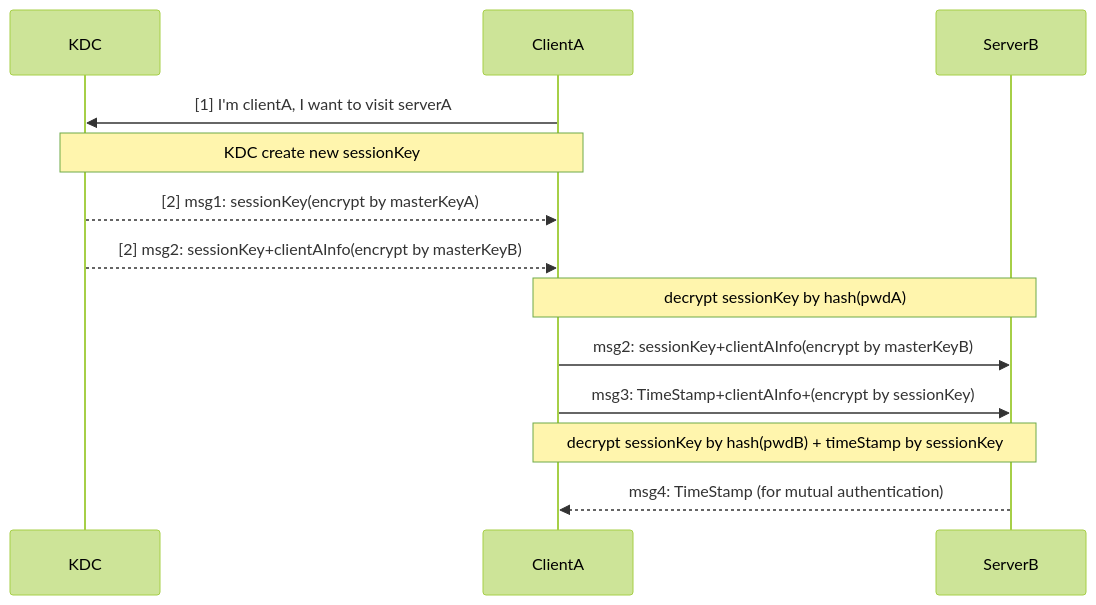
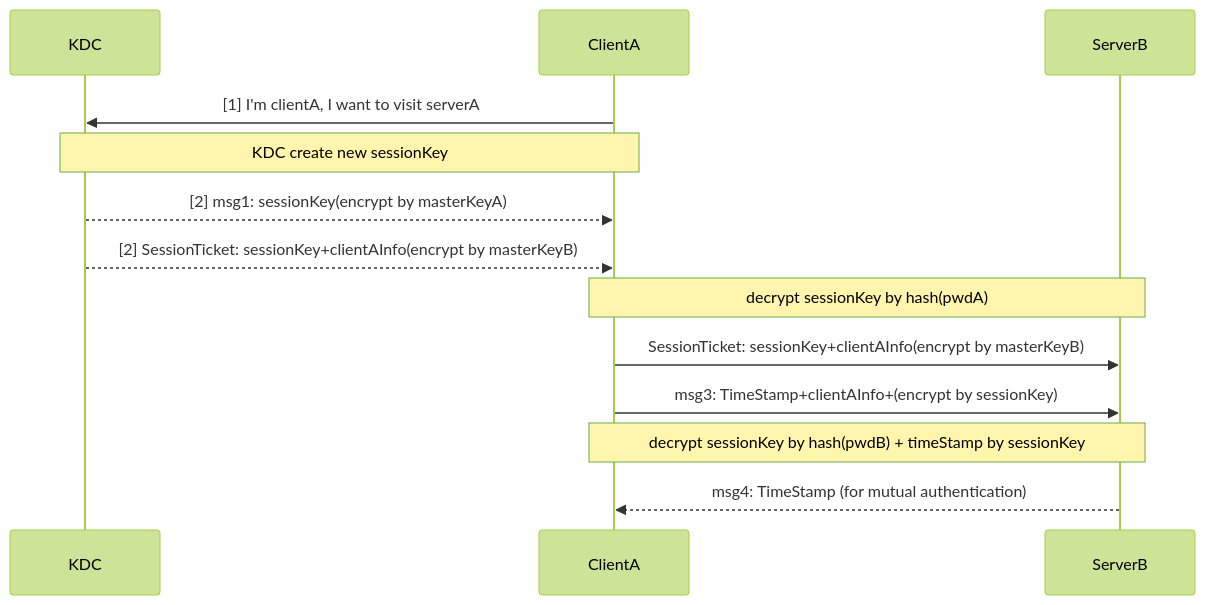
The first of 2 diagrams in _posts/2017-03-14-kerebros-auth.md (qili93/qili93.github.io), drawn with Mermaid (forest theme) before and after one commit. The commit also changed other lines of this file and 3 other files, not shown here.

```diff
--- a/_posts/2017-03-14-kerebros-auth.md
+++ b/_posts/2017-03-14-kerebros-auth.md
@@ -21,15 +31,15 @@
 {% mermaid %}
 sequenceDiagram
 participant KDC
 participant ClientA
 participant ServerB
 ClientA ->> KDC: [1] I'm clientA, I want to visit serverA
 Note over KDC,ClientA: KDC create new sessionKey
 KDC -->> ClientA: [2] msg1: sessionKey(encrypt by masterKeyA)
-KDC -->> ClientA: [2] msg2: sessionKey+clientAInfo(encrypt by masterKeyB)
+KDC -->> ClientA: [2] SessionTicket: sessionKey+clientAInfo(encrypt by masterKeyB)
 Note over ClientA,ServerB: decrypt sessionKey by hash(pwdA)
-ClientA ->> ServerB: msg2: sessionKey+clientAInfo(encrypt by masterKeyB)
+ClientA ->> ServerB: SessionTicket: sessionKey+clientAInfo(encrypt by masterKeyB)
 ClientA ->> ServerB: msg3: TimeStamp+clientAInfo+(encrypt by sessionKey)
 Note over ClientA,ServerB: decrypt sessionKey by hash(pwdB) + timeStamp by sessionKey
 ServerB -->> ClientA: msg4: TimeStamp (for mutual authentication)
 {% endmermaid %}
```
